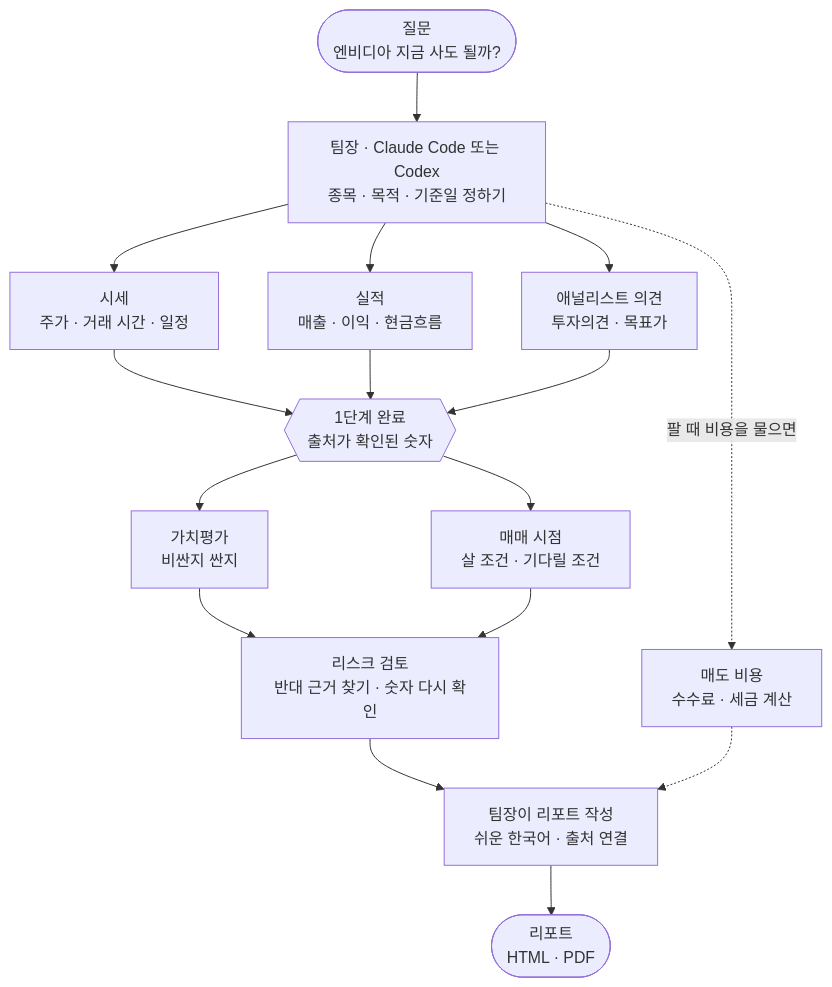
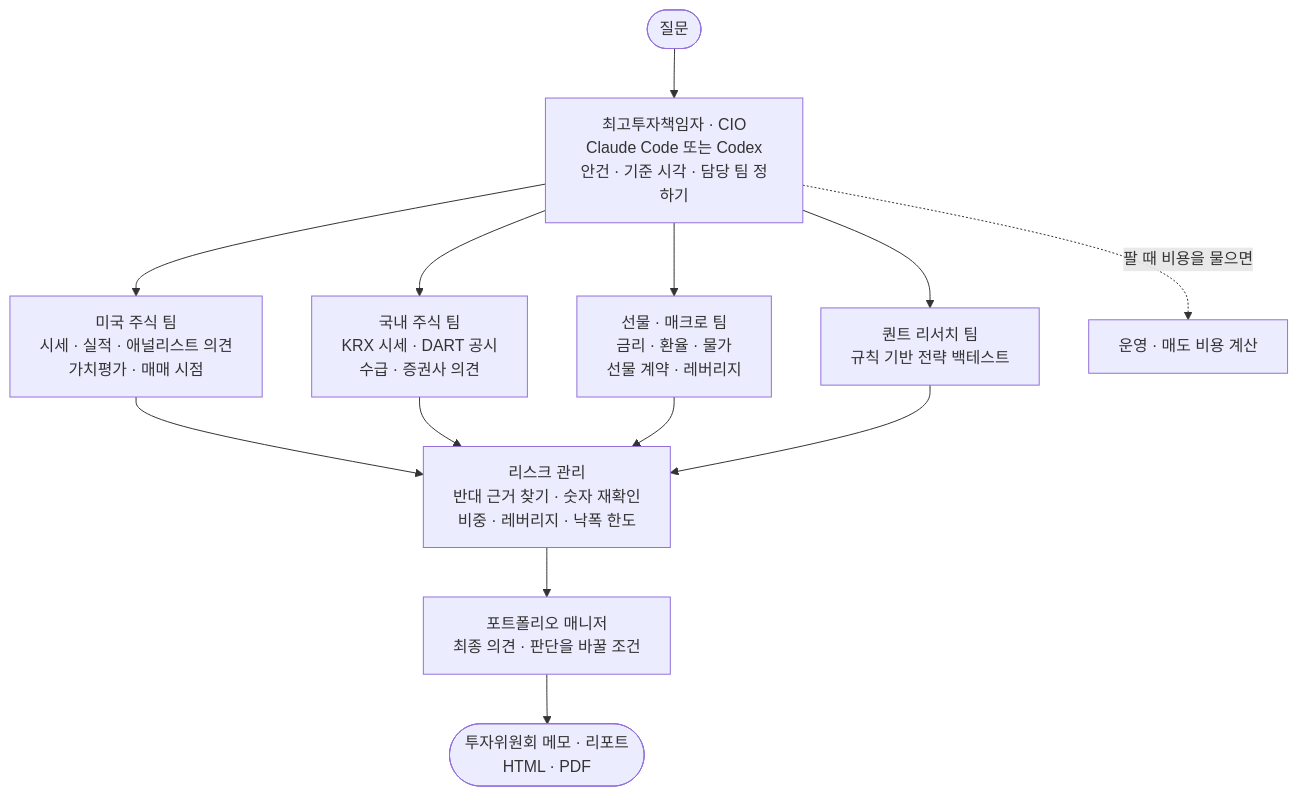
One commit to seulee26/stock-team-harness changed the first of 2 diagrams in README.md. Above: the diagram before and after it, drawn with Mermaid. The commit also changed other lines of this file and 37 other files, not shown here.

````diff
--- a/README.md
+++ b/README.md
@@ -90,24 +88,18 @@
 ```mermaid
 flowchart TD
-    Q(["질문<br/>엔비디아 지금 사도 될까?"]) --> L["팀장 · Claude Code 또는 Codex<br/>종목 · 목적 · 기준일 정하기"]
+    Q(["질문"]) --> CIO["최고투자책임자 · CIO<br/>Claude Code 또는 Codex<br/>안건 · 기준 시각 · 담당 팀 정하기"]
 
-    L --> M["시세<br/>주가 · 거래 시간 · 일정"]
-    L --> F["실적<br/>매출 · 이익 · 현금흐름"]
-    L --> A["애널리스트 의견<br/>투자의견 · 목표가"]
+    CIO --> US["미국 주식 팀<br/>시세 · 실적 · 애널리스트 의견<br/>가치평가 · 매매 시점"]
+    CIO --> KR["국내 주식 팀<br/>KRX 시세 · DART 공시<br/>수급 · 증권사 의견"]
+    CIO --> FM["선물 · 매크로 팀<br/>금리 · 환율 · 물가<br/>선물 계약 · 레버리지"]
+    CIO --> QT["퀀트 리서치 팀<br/>규칙 기반 전략 백테스트"]
 
-    M --> D{{"1단계 완료<br/>출처가 확인된 숫자"}}
-    F --> D
-    A --> D
+    US --> RV["리스크 관리<br/>반대 근거 찾기 · 숫자 재확인<br/>비중 · 레버리지 · 낙폭 한도"]
+    KR --> RV
+    FM --> RV
+    QT --> RV
 
-    D --> V["가치평가<br/>비싼지 싼지"]
-    D --> T["매매 시점<br/>살 조건 · 기다릴 조건"]
-
-    V --> R["리스크 검토<br/>반대 근거 찾기 · 숫자 다시 확인"]
-    T --> R
-
-    R --> W["팀장이 리포트 작성<br/>쉬운 한국어 · 출처 연결"]
-    W --> O(["리포트<br/>HTML · PDF"])
-
-    L -. "팔 때 비용을 물으면" .-> FEE["매도 비용<br/>수수료 · 세금 계산"]
-    FEE -.-> W
+    RV --> PM["포트폴리오 매니저<br/>최종 의견 · 판단을 바꿀 조건"]
+    PM --> O(["투자위원회 메모 · 리포트<br/>HTML · PDF"])
+    CIO -. "팔 때 비용을 물으면" .-> OPS["운영 · 매도 비용 계산"]
 ```
````
